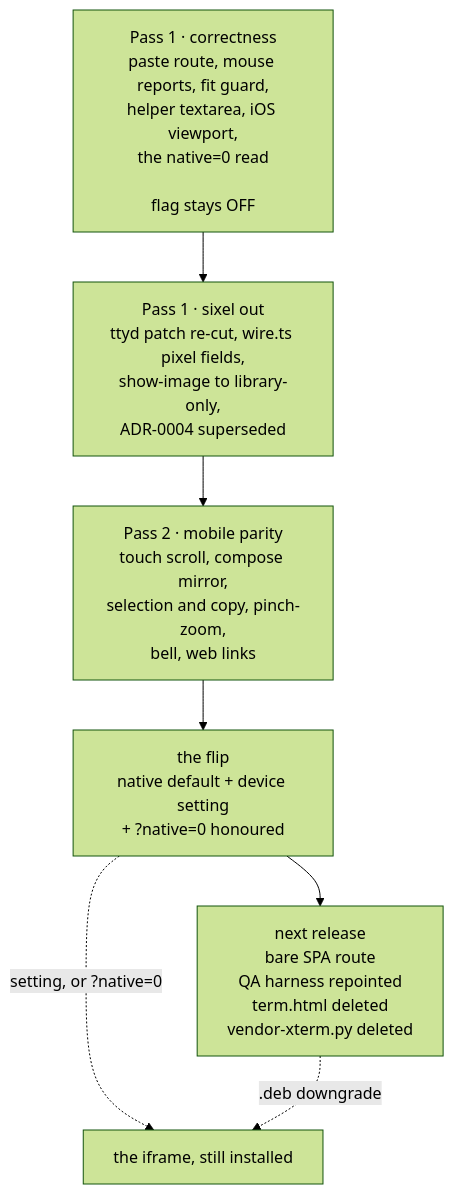
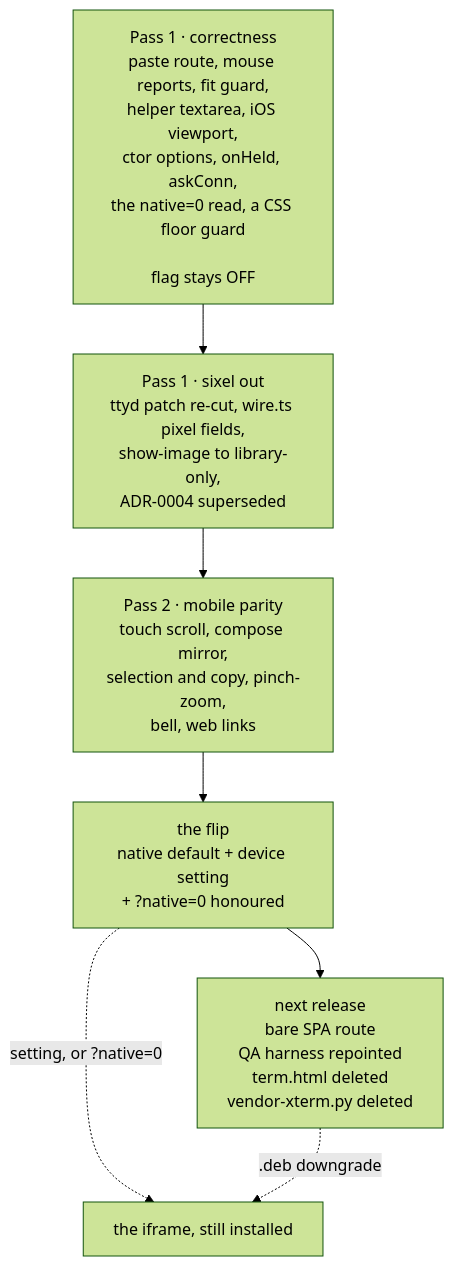
Before and after one commit to ViktorBarzin/terminal-lobby: the first of 2 diagrams in docs/plans/2026-09-04-native-terminal-de-iframe-design.md, drawn with Mermaid (forest theme). The commit also changed other lines of this file, not shown here.

````diff
--- a/docs/plans/2026-09-04-native-terminal-de-iframe-design.md
+++ b/docs/plans/2026-09-04-native-terminal-de-iframe-design.md
@@ -102,10 +148,10 @@
 ```mermaid
 flowchart TD
-  P1["Pass 1 · correctness<br/>paste route, mouse reports, fit guard,<br/>helper textarea, iOS viewport,<br/>the native=0 read<br/><br/>flag stays OFF"]
+  P1["Pass 1 · correctness<br/>paste route, mouse reports, fit guard,<br/>helper textarea, iOS viewport,<br/>ctor options, onHeld, askConn,<br/>the native=0 read, a CSS floor guard<br/><br/>flag stays OFF"]
   P1 --> SX["Pass 1 · sixel out<br/>ttyd patch re-cut, wire.ts pixel fields,<br/>show-image to library-only,<br/>ADR-0004 superseded"]
   SX --> P2["Pass 2 · mobile parity<br/>touch scroll, compose mirror,<br/>selection and copy, pinch-zoom,<br/>bell, web links"]
   P2 --> F["the flip<br/>native default + device setting<br/>+ ?native=0 honoured"]
   F --> P3["next release<br/>bare SPA route<br/>QA harness repointed<br/>term.html deleted<br/>vendor-xterm.py deleted"]
   F -.->|"setting, or ?native=0"| IF["the iframe, still installed"]
   P3 -.->|".deb downgrade"| IF
 ```
````
